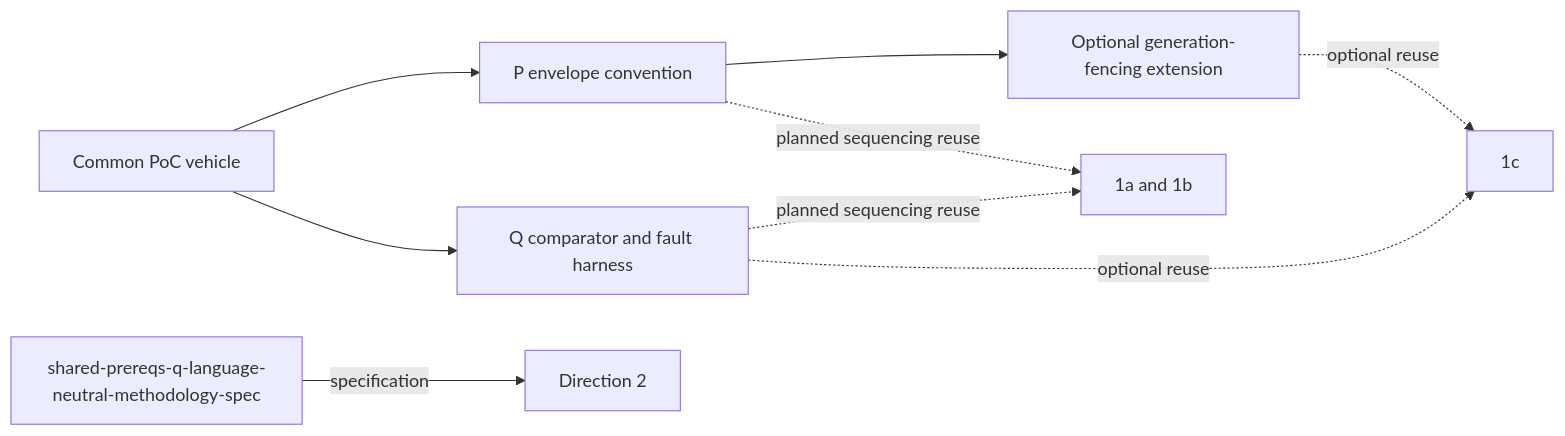
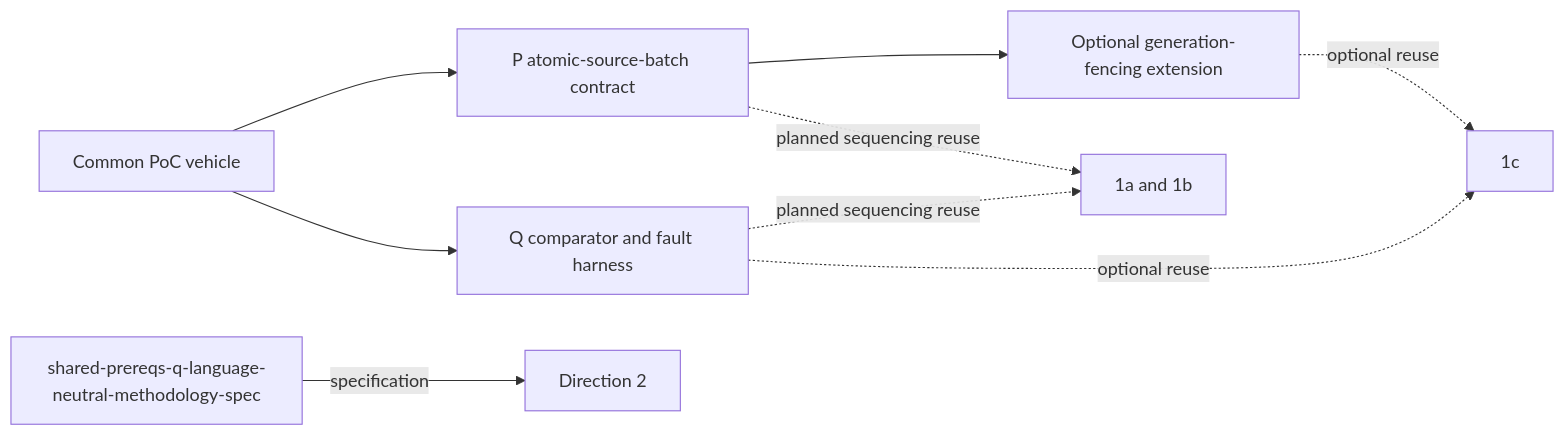
Before and after one commit to billf/convex-backend: the first of 2 diagrams in docs/plans/2026-09-11-1159-feat-skip-shared-prerequisites-plan.md, drawn with Mermaid. The commit also changed other lines of this file and 12 other files, not shown here.

````diff
--- a/docs/plans/2026-09-11-1159-feat-skip-shared-prerequisites-plan.md
+++ b/docs/plans/2026-09-11-1159-feat-skip-shared-prerequisites-plan.md
@@ -114,11 +116,11 @@
 ```mermaid
 flowchart LR
-  vehicle["Common PoC vehicle"] --> p["P envelope convention"]
+  vehicle["Common PoC vehicle"] --> p["P atomic-source-batch contract"]
   vehicle --> q["Q comparator and fault harness"]
   p --> p9["Optional generation-fencing extension"]
   p -. "planned sequencing reuse" .-> clients["1a and 1b"]
   q -. "planned sequencing reuse" .-> clients
   p9 -. "optional reuse" .-> oneC["1c"]
   q -. "optional reuse" .-> oneC
   q12["shared-prereqs-q-language-neutral-methodology-spec"] -->|"specification"| two["Direction 2"]
 ```
````
